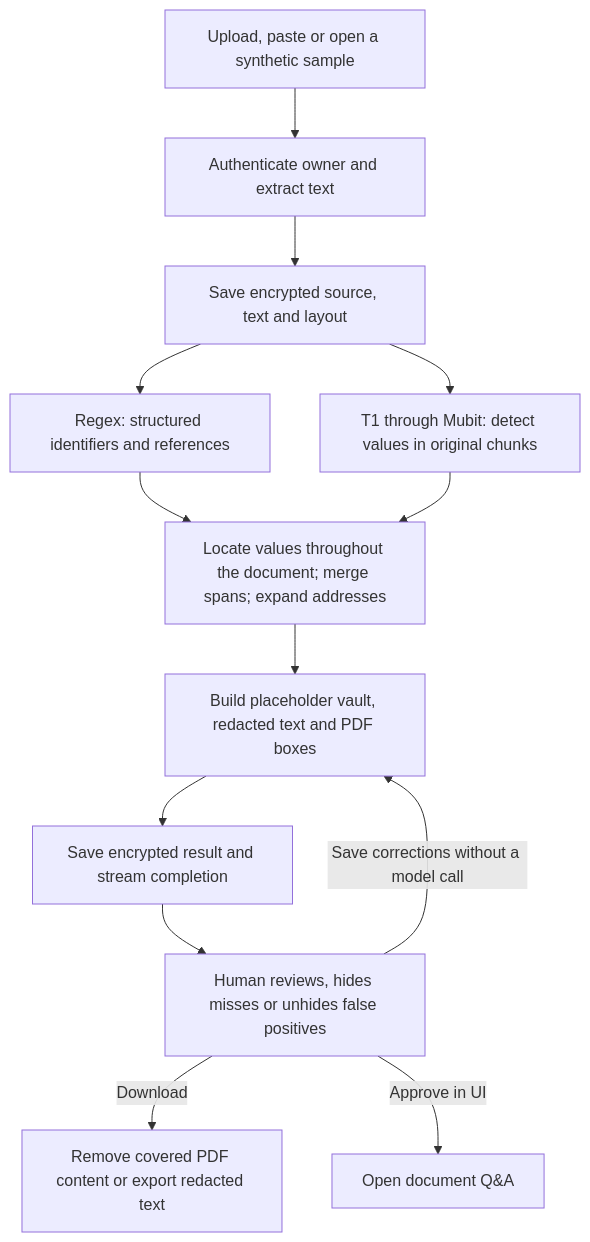
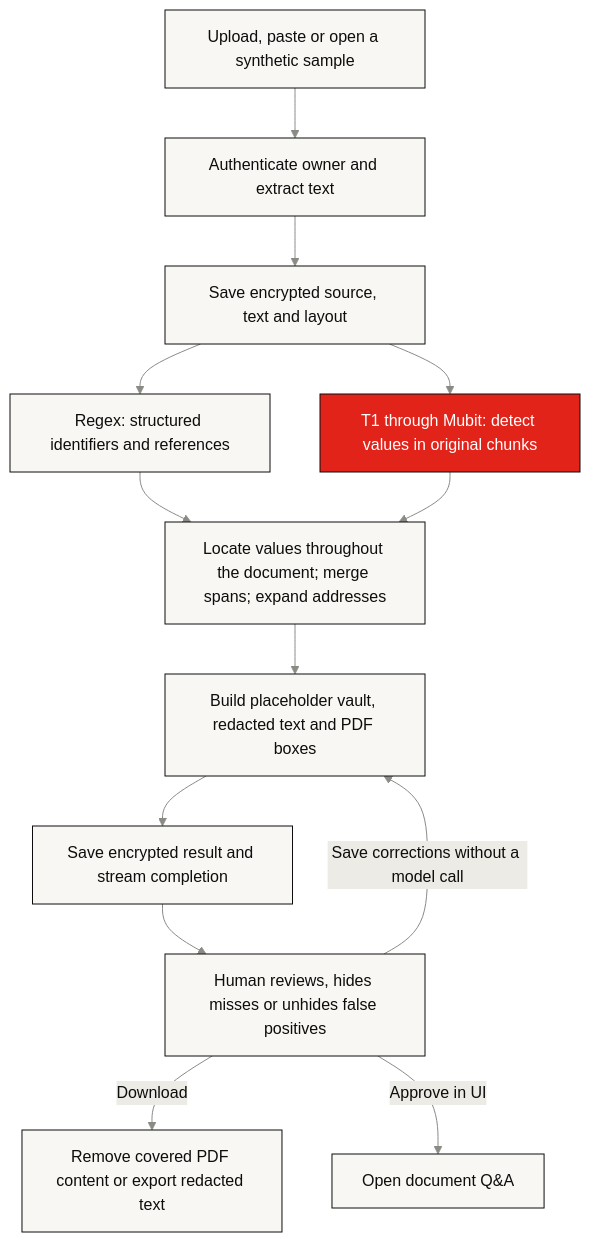
Before and after one commit to kolyamkl/night-shift: the second of 3 diagrams in docs/ARCHITECTURE.md, drawn with Mermaid. The commit also changed other lines of this file and 9 other files, not shown here.

Commit message:
Docs: diagrams in the README's style, a backend layers picture

````diff
--- a/docs/ARCHITECTURE.md
+++ b/docs/ARCHITECTURE.md
@@ -36,15 +41,18 @@
 ```mermaid
+%%{init: {"theme": "base", "themeVariables": {"fontFamily": "ui-monospace, SFMono-Regular, Menlo, monospace", "primaryColor": "#f8f7f3", "primaryTextColor": "#0d0d0d", "primaryBorderColor": "#0d0d0d", "lineColor": "#8b8a85", "clusterBkg": "#ecebe5", "clusterBorder": "#0d0d0d", "edgeLabelBackground": "#ecebe5"}}}%%
 flowchart TD
     A["Upload, paste or open a synthetic sample"] --> B["Authenticate owner and extract text"]
     B --> C["Save encrypted source, text and layout"]
     C --> R["Regex: structured identifiers and references"]
     C --> T["T1 through Mubit: detect values in original chunks"]
     R --> H["Locate values throughout the document; merge spans; expand addresses"]
     T --> H
     H --> V["Build placeholder vault, redacted text and PDF boxes"]
     V --> S["Save encrypted result and stream completion"]
     S --> E["Human reviews, hides misses or unhides false positives"]
     E -->|"Save corrections without a model call"| V
     E -->|"Download"| F["Remove covered PDF content or export redacted text"]
     E -->|"Approve in UI"| Q["Open document Q&A"]
+    classDef mubit fill:#e2231a,stroke:#0d0d0d,color:#ffffff
+    class T mubit
 ```
````
